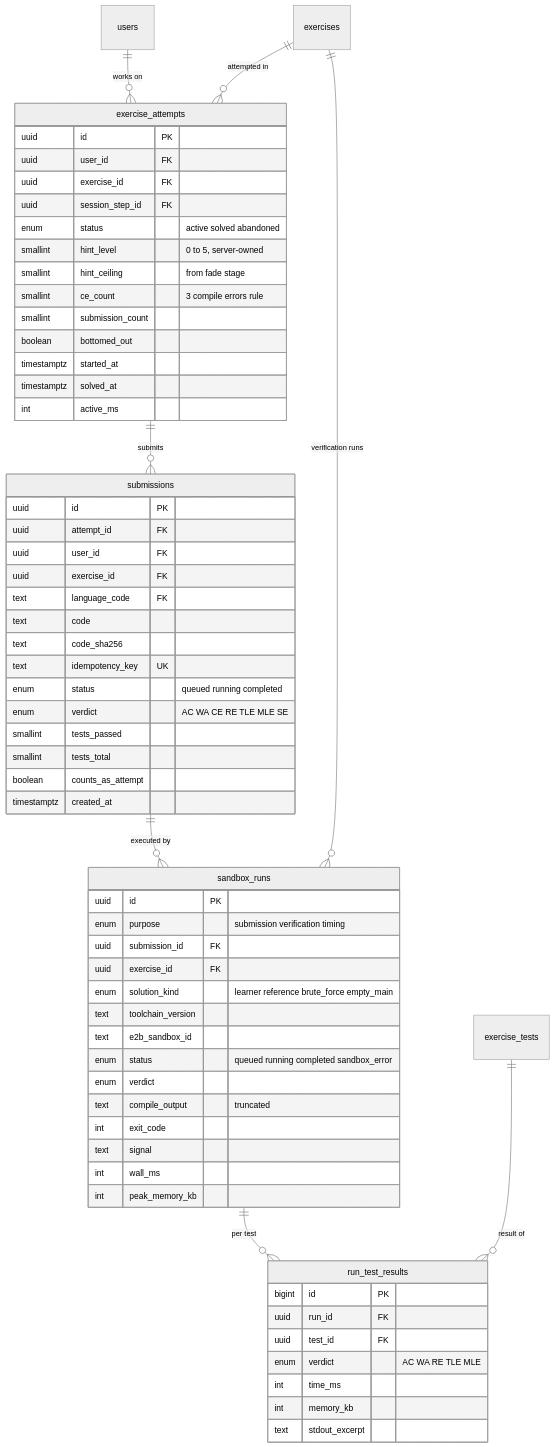
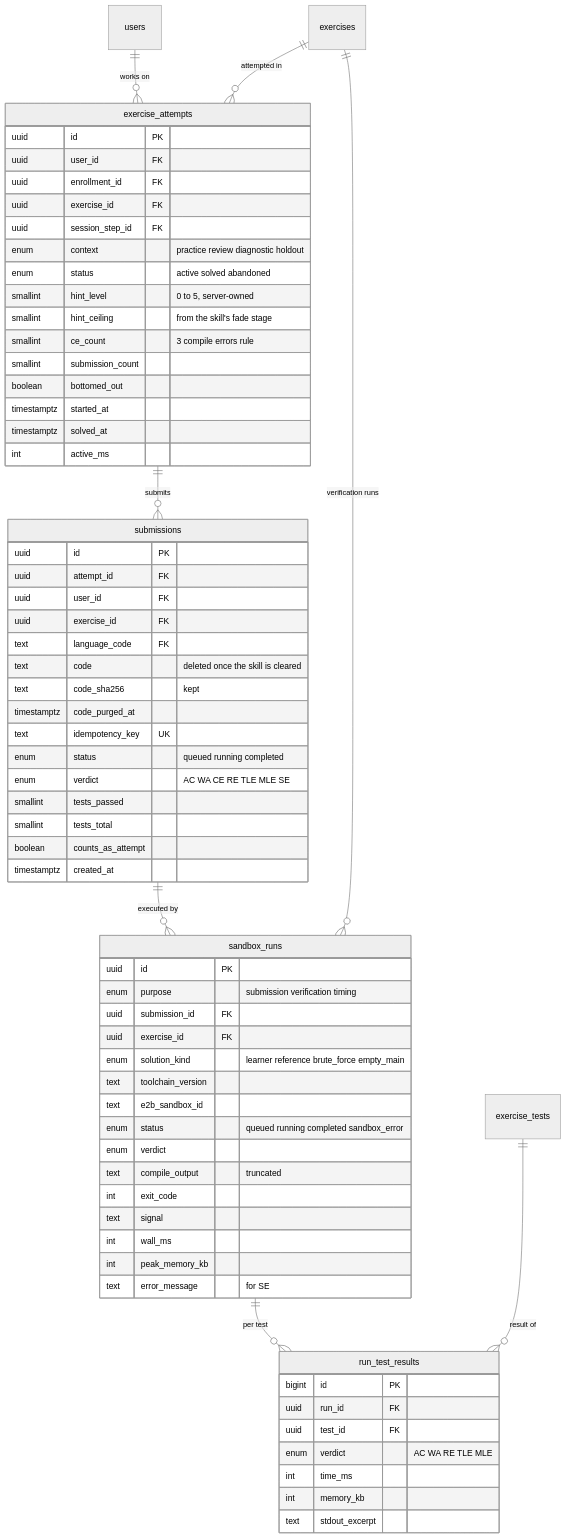
Before and after one commit to Nidanos/ai-tutor-platform: diagram 12 of 32 in DOCS/phase-2/MP3-System-Design.md, drawn with Mermaid (neutral theme). The commit also changed other lines of this file, not shown here.

Commit message:
docs: update Phase 2 design with per-skill fade, schema refinements and auth decisions

````diff
--- a/DOCS/phase-2/MP3-System-Design.md
+++ b/DOCS/phase-2/MP3-System-Design.md
@@ -703,66 +763,70 @@
 ```mermaid
 erDiagram
   users ||--o{ exercise_attempts : "works on"
   exercises ||--o{ exercise_attempts : "attempted in"
   exercise_attempts ||--o{ submissions : "submits"
   submissions ||--o{ sandbox_runs : "executed by"
   exercises ||--o{ sandbox_runs : "verification runs"
   sandbox_runs ||--o{ run_test_results : "per test"
   exercise_tests ||--o{ run_test_results : "result of"
   exercise_attempts {
     uuid id PK
     uuid user_id FK
+    uuid enrollment_id FK
     uuid exercise_id FK
     uuid session_step_id FK
+    enum context "practice review diagnostic holdout"
     enum status "active solved abandoned"
     smallint hint_level "0 to 5, server-owned"
-    smallint hint_ceiling "from fade stage"
+    smallint hint_ceiling "from the skill's fade stage"
     smallint ce_count "3 compile errors rule"
     smallint submission_count
     boolean bottomed_out
     timestamptz started_at
     timestamptz solved_at
     int active_ms
   }
   submissions {
     uuid id PK
     uuid attempt_id FK
     uuid user_id FK
     uuid exercise_id FK
     text language_code FK
-    text code
-    text code_sha256
+    text code "deleted once the skill is cleared"
+    text code_sha256 "kept"
+    timestamptz code_purged_at
     text idempotency_key UK
     enum status "queued running completed"
     enum verdict "AC WA CE RE TLE MLE SE"
     smallint tests_passed
     smallint tests_total
     boolean counts_as_attempt
     timestamptz created_at
   }
   sandbox_runs {
     uuid id PK
     enum purpose "submission verification timing"
     uuid submission_id FK
     uuid exercise_id FK
     enum solution_kind "learner reference brute_force empty_main"
     text toolchain_version
     text e2b_sandbox_id
     enum status "queued running completed sandbox_error"
     enum verdict
     text compile_output "truncated"
     int exit_code
     text signal
     int wall_ms
     int peak_memory_kb
+    text error_message "for SE"
   }
   run_test_results {
     bigint id PK
     uuid run_id FK
     uuid test_id FK
     enum verdict "AC WA RE TLE MLE"
     int time_ms
     int memory_kb
     text stdout_excerpt
   }
 ```
````
